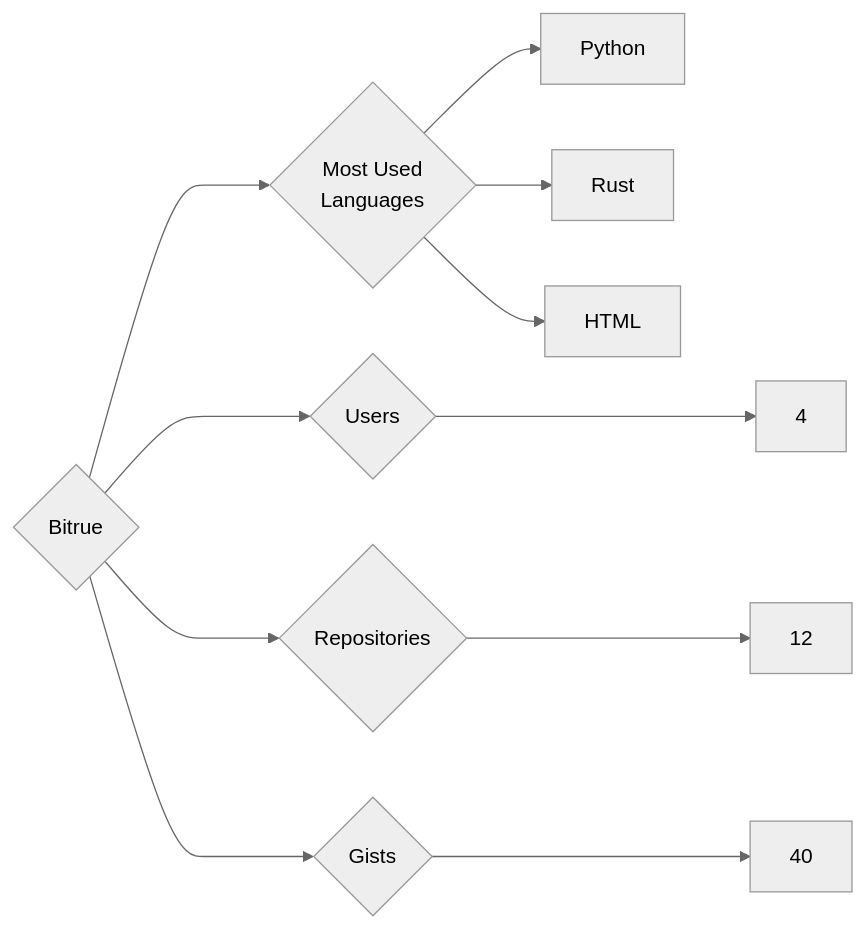
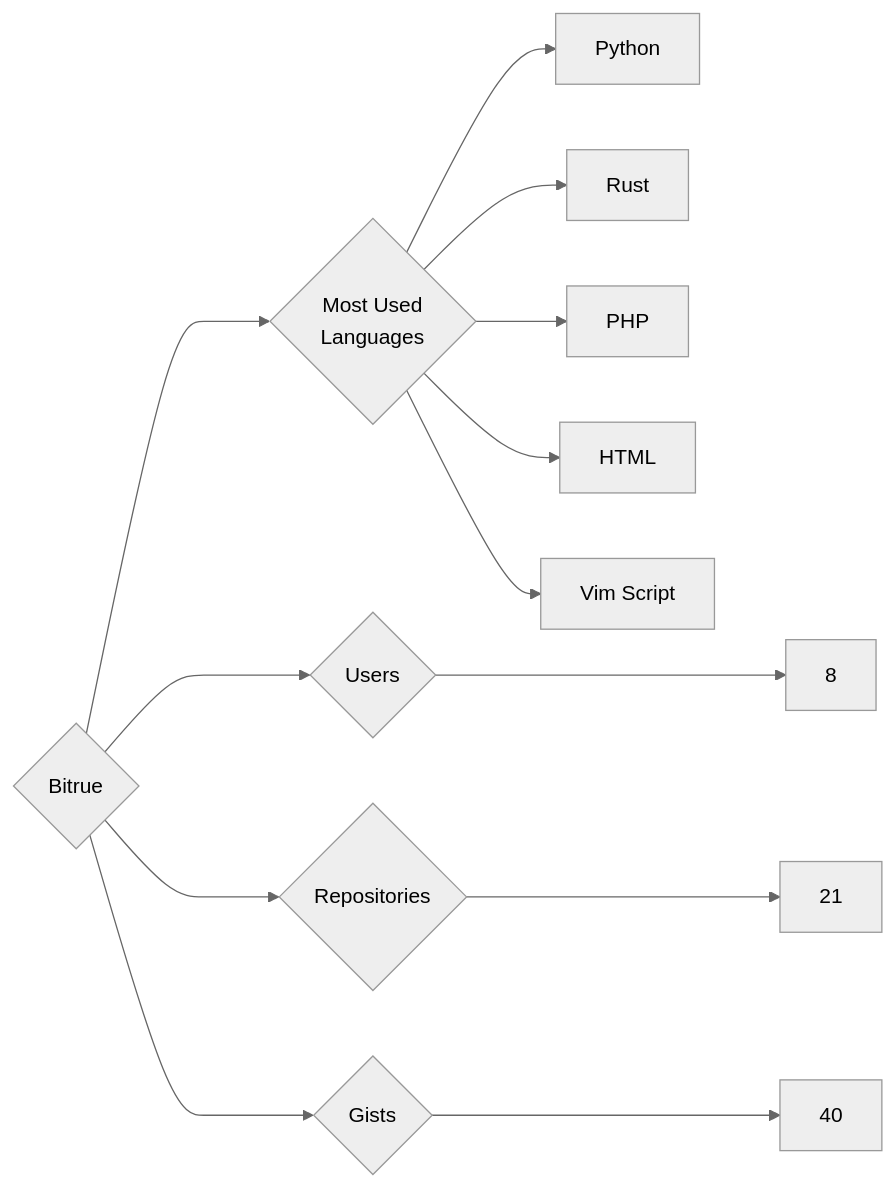
One commit to trickest/insiders changed the diagram in targets/Bitrue/README.md. Above: the diagram before and after it, drawn with Mermaid (neutral theme). The commit also changed 1149 other files, not shown here.

````diff
--- a/targets/Bitrue/README.md
+++ b/targets/Bitrue/README.md
@@ -3,11 +3,13 @@
 ```mermaid
 graph LR
 COMPANY_NAME{Bitrue}
-COMPANY_NAME ---> U{Users} ---> UN[4]
-COMPANY_NAME ---> R{Repositories} ---> RN[12]
+COMPANY_NAME ---> U{Users} ---> UN[8]
+COMPANY_NAME ---> R{Repositories} ---> RN[21]
 COMPANY_NAME ---> G{Gists} ---> GN[40]
 COMPANY_NAME ---> ML{Most Used<br>Languages}
 ML --> Python[Python]
 ML --> Rust[Rust]
+ML --> PHP[PHP]
 ML --> HTML[HTML]
+ML --> Vim_Script[Vim Script]
 ```
````
